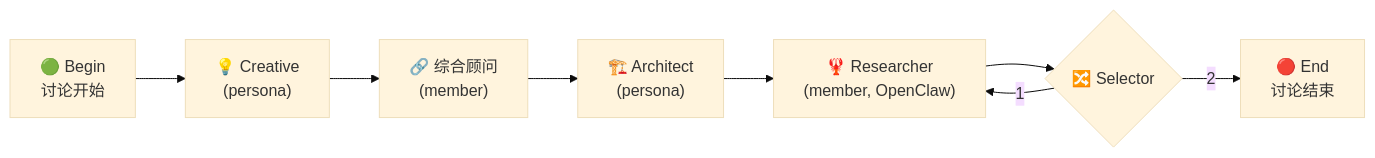
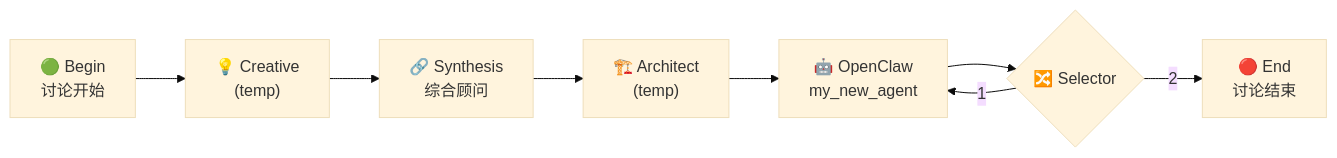
The diagram in docs/example_team.md (ClawCross/ClawCross), drawn with Mermaid (base theme) before and after one commit. The commit also changed other lines of this file and 1310 other files, not shown here.

````diff
--- a/docs/example_team.md
+++ b/docs/example_team.md
@@ -121,10 +255,10 @@
 ```mermaid
 graph LR
-    on7["🟢 Begin<br/>讨论开始"] --> on2["💡 Creative<br/>(persona)"]
-    on2 --> on1["🔗 综合顾问<br/>(member)"]
-    on1 --> on3["🏗️ Architect<br/>(persona)"]
-    on3 --> on4["🦞 Researcher<br/>(member, OpenClaw)"]
+    on7["🟢 Begin<br/>讨论开始"] --> on2["💡 Creative<br/>(temp)"]
+    on2 --> on1["🔗 Synthesis<br/>综合顾问"]
+    on1 --> on3["🏗️ Architect<br/>(temp)"]
+    on3 --> on4["🤖 OpenClaw<br/>my_new_agent"]
     on4 --> on5{"🔀 Selector"}
     on5 -->|"1"| on4
     on5 -->|"2"| on6["🔴 End<br/>讨论结束"]
 ```
````
